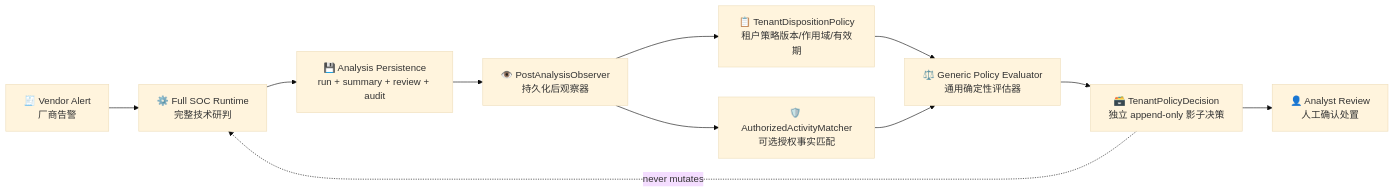
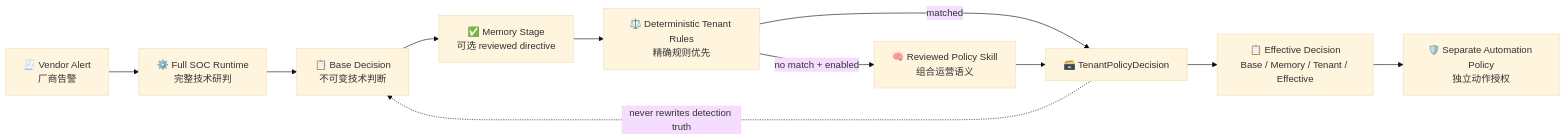
One commit to yydspanda/deer-flow changed diagram 14 of 16 in .notes/ai_soc/soc-agent-solution.md. Above: the diagram before and after it, drawn with Mermaid (base theme). The commit also changed other lines of this file and 39 other files, not shown here.

Commit message:
feat(soc): govern tenant policy decision stages

````diff
--- a/.notes/ai_soc/soc-agent-solution.md
+++ b/.notes/ai_soc/soc-agent-solution.md
@@ -1338,13 +1339,13 @@
 ```mermaid
 flowchart LR
     A["🧾 Vendor Alert<br/>厂商告警"] --> R["⚙️ Full SOC Runtime<br/>完整技术研判"]
-    R --> DB["💾 Analysis Persistence<br/>run + summary + review + audit"]
-    DB --> O["👁️ PostAnalysisObserver<br/>持久化后观察器"]
-    O --> P["📋 TenantDispositionPolicy<br/>租户策略版本/作用域/有效期"]
-    O --> G["🛡️ AuthorizedActivityMatcher<br/>可选授权事实匹配"]
-    P --> E["⚖️ Generic Policy Evaluator<br/>通用确定性评估器"]
-    G --> E
-    E --> D["🗃️ TenantPolicyDecision<br/>独立 append-only 影子决策"]
-    D --> H["👤 Analyst Review<br/>人工确认处置"]
-    D -. "never mutates" .-> R
+    R --> B["📋 Base Decision<br/>不可变技术判断"]
+    B --> M["✅ Memory Stage<br/>可选 reviewed directive"]
+    M --> E["⚖️ Deterministic Tenant Rules<br/>精确规则优先"]
+    E -->|matched| D["🗃️ TenantPolicyDecision"]
+    E -->|no match + enabled| S["🧠 Reviewed Policy Skill<br/>组合运营语义"]
+    S --> D
+    D --> F["📋 Effective Decision<br/>Base / Memory / Tenant / Effective"]
+    F --> AP["🛡️ Separate Automation Policy<br/>独立动作授权"]
+    D -. "never rewrites detection truth" .-> B
 ```
````
